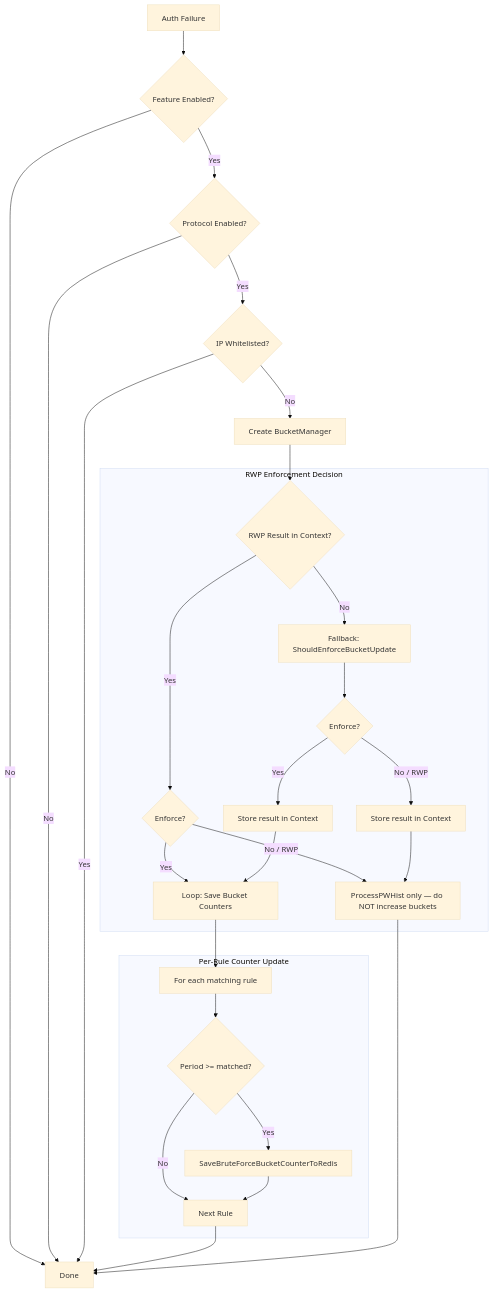
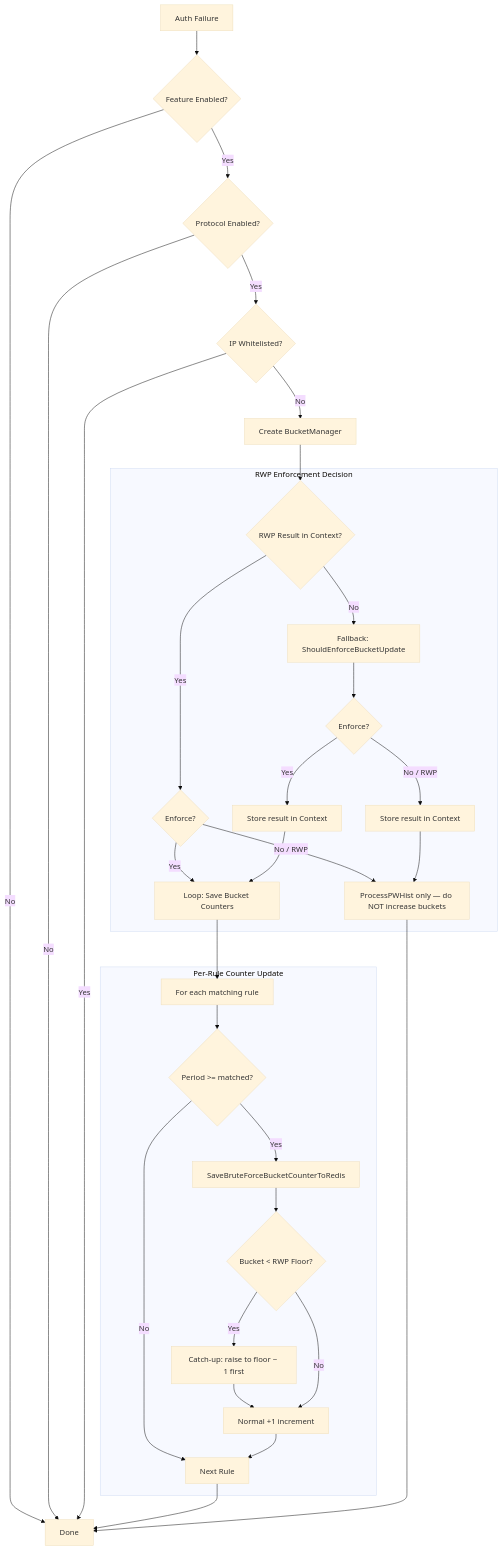
One commit to croessner/nauthilus changed the second of 3 diagrams in server/docs/bruteforce_protection.md. Above: the diagram before and after it, drawn with Mermaid (base theme). The commit also changed other lines of this file and 3 other files, not shown here.

First line of the commit message:
Feat: Add RWP catch-up mechanism to SlidingWindowCounter

````diff
--- a/server/docs/bruteforce_protection.md
+++ b/server/docs/bruteforce_protection.md
@@ -85,36 +85,40 @@
 ```mermaid
 flowchart TD
     U_START[Auth Failure] --> U_FEAT{Feature Enabled?}
     U_FEAT -- No --> U_DONE[Done]
     U_FEAT -- Yes --> U_PROTO{Protocol Enabled?}
     U_PROTO -- No --> U_DONE
     U_PROTO -- Yes --> U_WL{IP Whitelisted?}
     U_WL -- Yes --> U_DONE
     U_WL -- No --> U_BM[Create BucketManager]
     U_BM --> U_CTX{RWP Result in Context?}
 
 subgraph RWP_Decision [RWP Enforcement Decision]
 U_CTX -- Yes --> U_CTX_VAL{Enforce?}
 U_CTX_VAL -- No / RWP --> U_SKIP[ProcessPWHist only — do NOT increase buckets]
 U_CTX_VAL -- Yes --> U_UPDATE
 U_CTX -- No --> U_FRESH[Fallback: ShouldEnforceBucketUpdate]
 U_FRESH --> U_FRESH_VAL{Enforce?}
 U_FRESH_VAL -- No / RWP --> U_CACHE_FALSE[Store result in Context]
 U_CACHE_FALSE --> U_SKIP
 U_FRESH_VAL -- Yes --> U_CACHE_TRUE[Store result in Context]
 U_CACHE_TRUE --> U_UPDATE
 end
 
 U_UPDATE[Loop: Save Bucket Counters]
 U_UPDATE --> U_RULE_LOOP
 
 subgraph Bucket_Update [Per-Rule Counter Update]
 U_RULE_LOOP[For each matching rule] --> U_PERIOD{Period >= matched?}
 U_PERIOD -- Yes --> U_SAVE[SaveBruteForceBucketCounterToRedis]
 U_PERIOD -- No --> U_NEXT[Next Rule]
-U_SAVE --> U_NEXT
+U_SAVE --> U_FLOOR{Bucket < RWP Floor?}
+U_FLOOR -- Yes --> U_CATCHUP[Catch-up: raise to floor − 1 first]
+U_CATCHUP --> U_INC[Normal +1 increment]
+U_FLOOR -- No --> U_INC
+U_INC --> U_NEXT
 end
 
 U_NEXT --> U_DONE
 U_SKIP --> U_DONE
 ```
````
